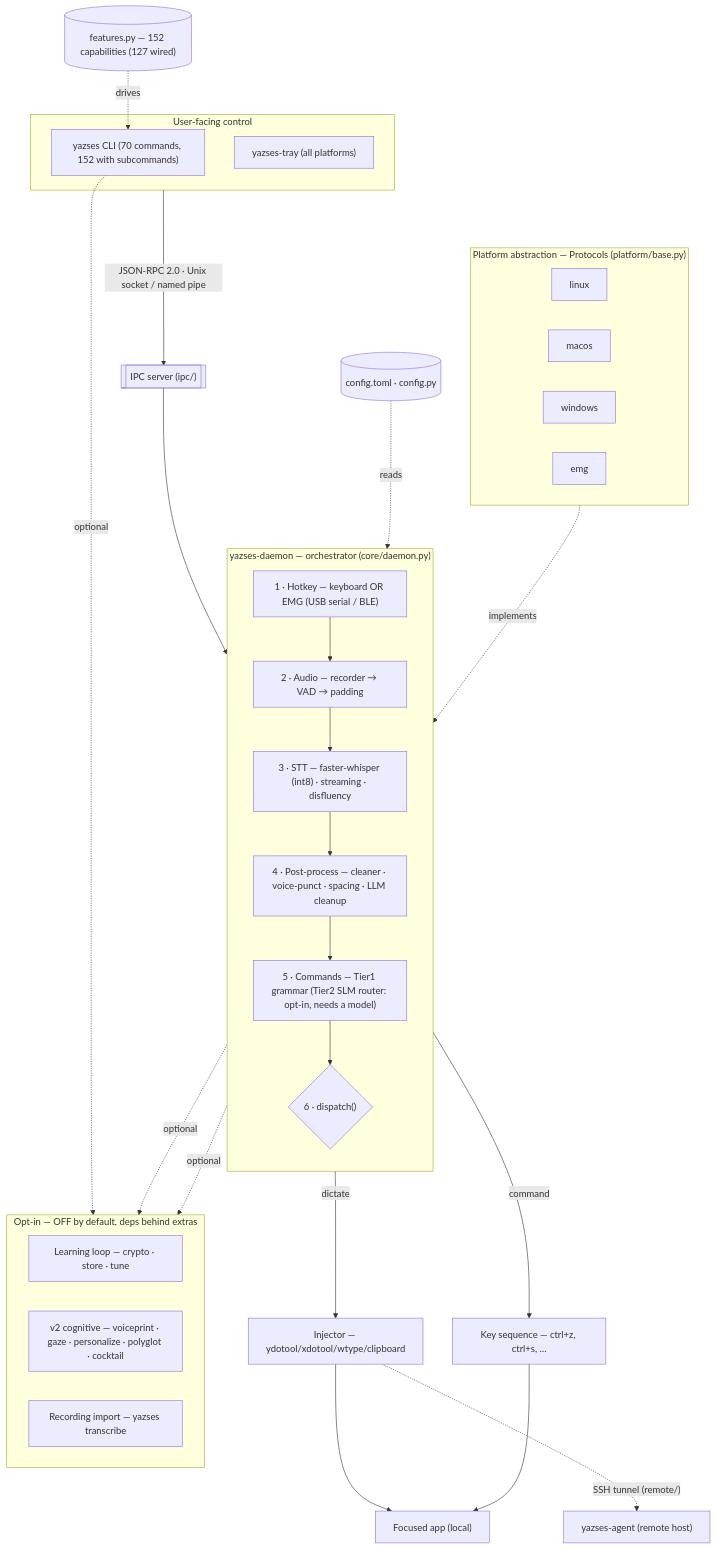
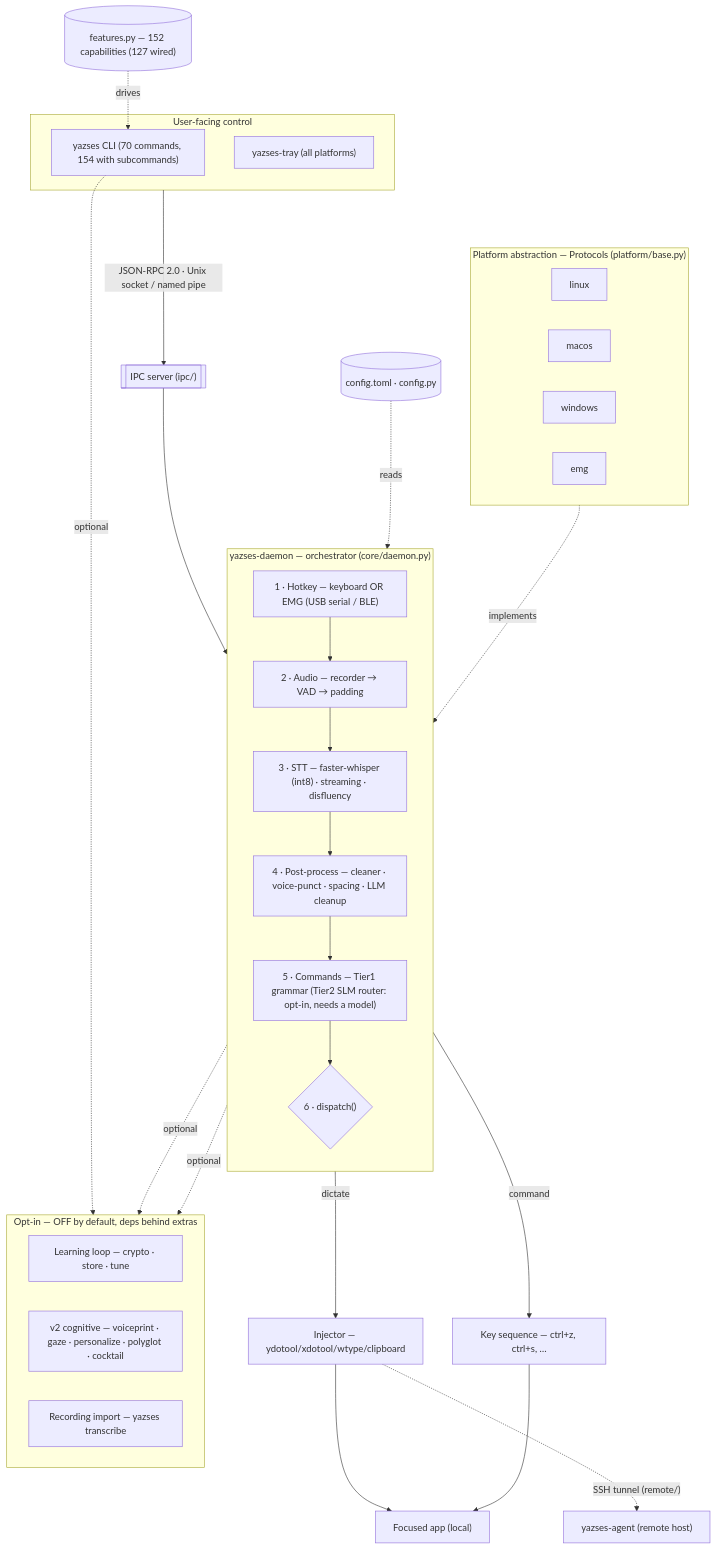
Before and after one commit to MSKazemi/yazses: the diagram in docs/diagrams/index.md, drawn with Mermaid. The commit also changed 11 other files, not shown here.

````diff
--- a/docs/diagrams/index.md
+++ b/docs/diagrams/index.md
@@ -22,50 +22,50 @@
 ```mermaid
 flowchart TB
   subgraph UI["User-facing control"]
-    CLI["yazses CLI (70 commands, 152 with subcommands)"]
+    CLI["yazses CLI (70 commands, 154 with subcommands)"]
     TRAY["yazses-tray (all platforms)"]
   end
   UI -->|"JSON-RPC 2.0 · Unix socket / named pipe"| IPC[["IPC server (ipc/)"]]
   IPC --> DAEMON
 
   subgraph DAEMON["yazses-daemon — orchestrator (core/daemon.py)"]
     direction TB
     HK["1 · Hotkey — keyboard OR EMG (USB serial / BLE)"]
     AUD["2 · Audio — recorder → VAD → padding"]
     STT["3 · STT — faster-whisper (int8) · streaming · disfluency"]
     PP["4 · Post-process — cleaner · voice-punct · spacing · LLM cleanup"]
     CMD["5 · Commands — Tier1 grammar (Tier2 SLM router: opt-in, needs a model)"]
     DIS{"6 · dispatch()"}
     HK --> AUD --> STT --> PP --> CMD --> DIS
   end
 
   CFG[("config.toml · config.py")]
   FEAT[("features.py — 152 capabilities (127 wired)")]
   CFG -. reads .-> DAEMON
   FEAT -. drives .-> CLI
 
   DIS -->|dictate| INJ["Injector — ydotool/xdotool/wtype/clipboard"]
   DIS -->|command| KEYS["Key sequence — ctrl+z, ctrl+s, …"]
   INJ --> APP["Focused app (local)"]
   KEYS --> APP
   INJ -. "SSH tunnel (remote/)" .-> AGENT["yazses-agent (remote host)"]
 
   subgraph PLAT["Platform abstraction — Protocols (platform/base.py)"]
     direction LR
     LNX["linux"]
     MAC["macos"]
     WIN["windows"]
     EMG["emg"]
   end
   PLAT -. implements .-> DAEMON
 
   subgraph OPT["Opt-in — OFF by default, deps behind extras"]
     direction LR
     LEARN["Learning loop — crypto · store · tune"]
     V2["v2 cognitive — voiceprint · gaze · personalize · polyglot · cocktail"]
     RECIMP["Recording import — yazses transcribe"]
   end
   DAEMON -. optional .-> LEARN
   DAEMON -. optional .-> V2
   CLI -. optional .-> RECIMP
 ```
````
